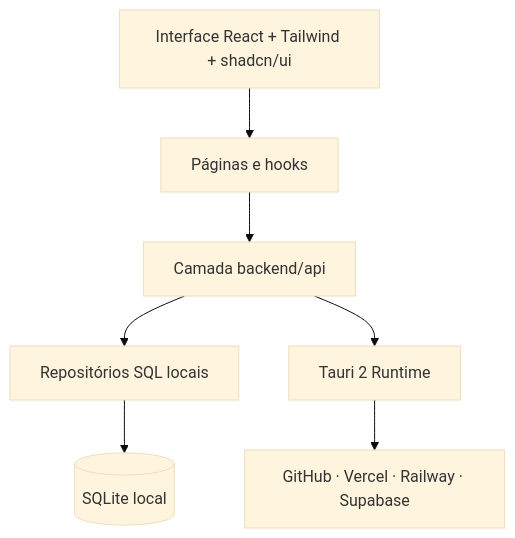
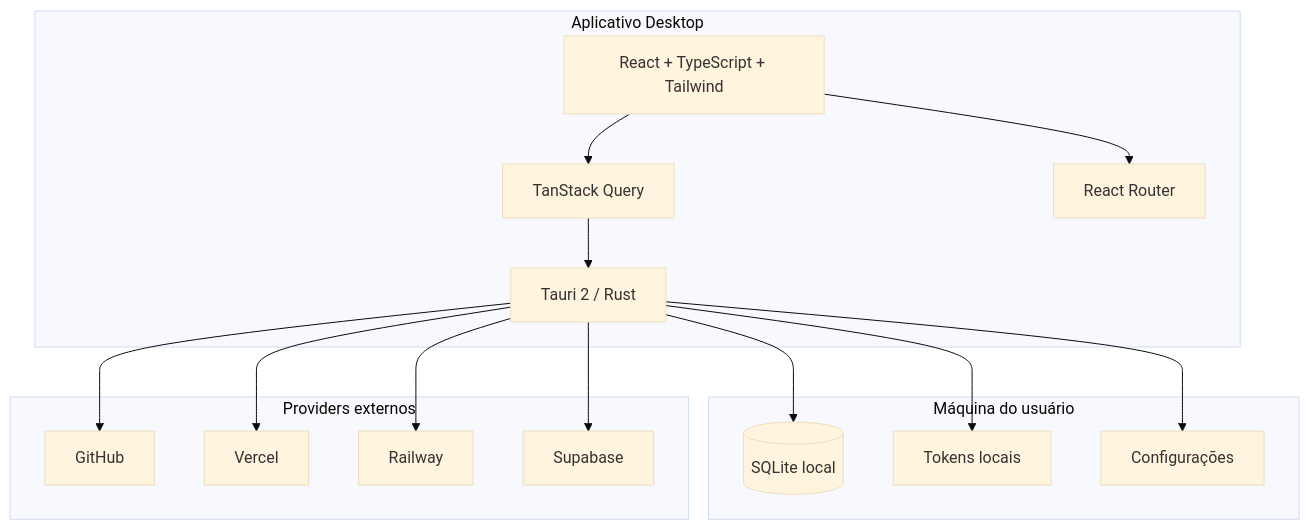
The third of 6 diagrams in README.md (EnzoCaetano015/dashowboard), drawn with Mermaid (base theme) before and after one commit. The commit also changed other lines of this file, not shown here.

````diff
--- a/README.md
+++ b/README.md
@@ -93,17 +124,33 @@
 ```mermaid
 flowchart TB
-    UI[Interface React + Tailwind + shadcn/ui]
-    Pages[Páginas e hooks]
-    API[Camada backend/api]
-    SQL[Repositórios SQL locais]
-    Tauri[Tauri 2 Runtime]
-    SQLite[(SQLite local)]
-    Providers[GitHub · Vercel · Railway · Supabase]
+    subgraph Desktop[Aplicativo Desktop]
+        UI[React + TypeScript + Tailwind]
+        Query[TanStack Query]
+        Router[React Router]
+        Tauri[Tauri 2 / Rust]
+    end
 
-    UI --> Pages
-    Pages --> API
-    API --> SQL
-    SQL --> SQLite
-    API --> Tauri
-    Tauri --> Providers
+    subgraph Local[Máquina do usuário]
+        SQLite[(SQLite local)]
+        Tokens[Tokens locais]
+        Config[Configurações]
+    end
+
+    subgraph Providers[Providers externos]
+        GH[GitHub]
+        VC[Vercel]
+        RW[Railway]
+        SB[Supabase]
+    end
+
+    UI --> Query
+    UI --> Router
+    Query --> Tauri
+    Tauri --> SQLite
+    Tauri --> Tokens
+    Tauri --> Config
+    Tauri --> GH
+    Tauri --> VC
+    Tauri --> RW
+    Tauri --> SB
 ```
````
